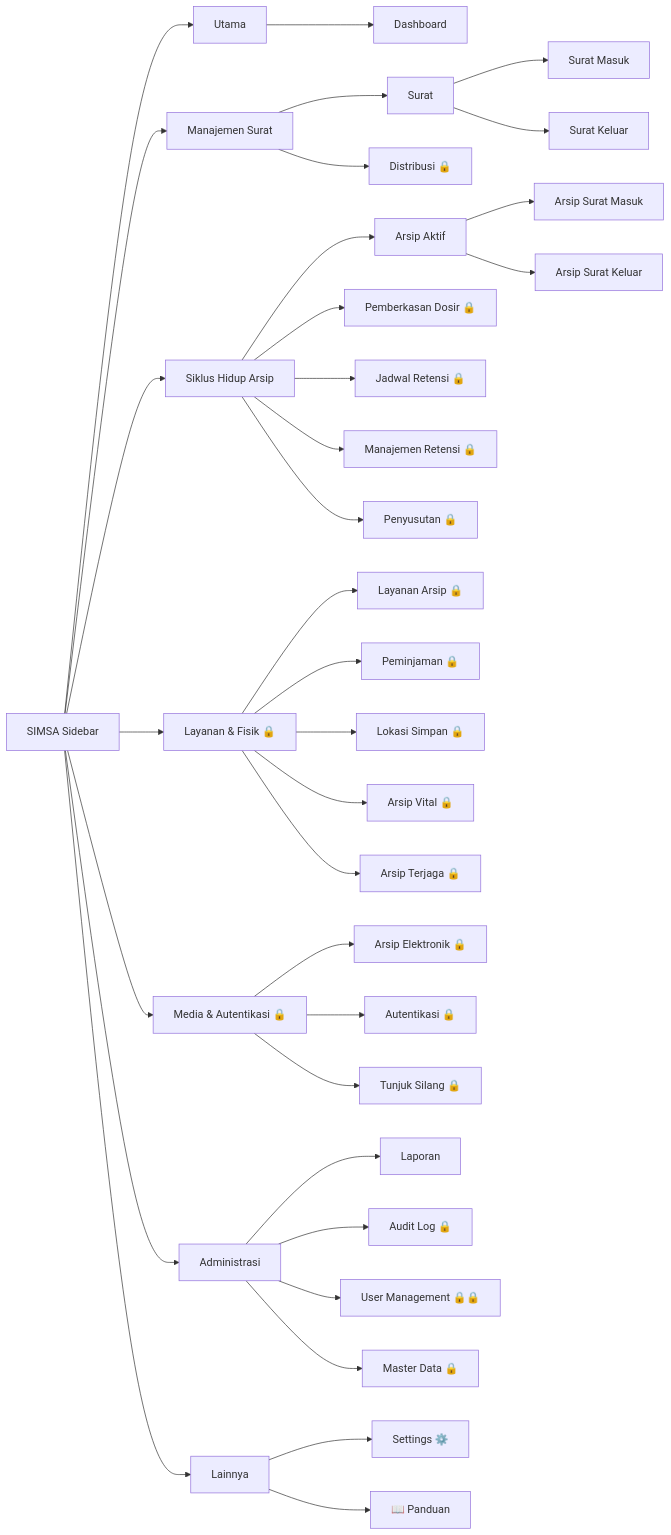
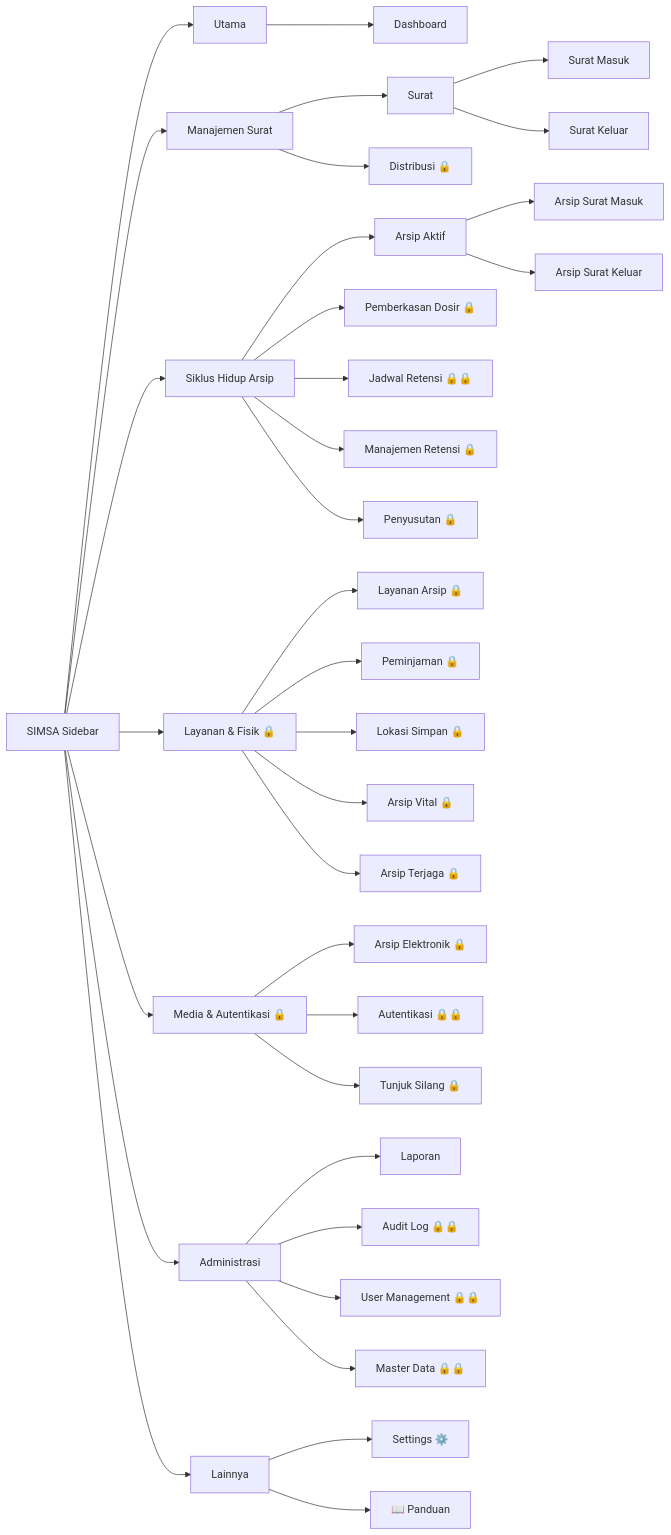
Before and after one commit to bayilaras/simsa-atrbpn: the second of 9 diagrams in PANDUAN_PENGGUNAAN_SIMSA.md, drawn with Mermaid. The commit also changed other lines of this file, not shown here.

````diff
--- a/PANDUAN_PENGGUNAAN_SIMSA.md
+++ b/PANDUAN_PENGGUNAAN_SIMSA.md
@@ -273,43 +273,43 @@
 ```mermaid
 graph LR
     A[SIMSA Sidebar] --> B[Utama]
     A --> C[Manajemen Surat]
     A --> D[Siklus Hidup Arsip]
     A --> E["Layanan & Fisik 🔒"]
     A --> F["Media & Autentikasi 🔒"]
     A --> G[Administrasi]
     A --> H[Lainnya]
 
     B --> B1[Dashboard]
 
     C --> C1[Surat]
     C1 --> C1a[Surat Masuk]
     C1 --> C1b[Surat Keluar]
     C --> C2["Distribusi 🔒"]
 
     D --> D1[Arsip Aktif]
     D1 --> D1a[Arsip Surat Masuk]
     D1 --> D1b[Arsip Surat Keluar]
     D --> D2["Pemberkasan Dosir 🔒"]
-    D --> D3["Jadwal Retensi 🔒"]
+    D --> D3["Jadwal Retensi 🔒🔒"]
     D --> D4["Manajemen Retensi 🔒"]
     D --> D5["Penyusutan 🔒"]
 
     E --> E1["Layanan Arsip 🔒"]
     E --> E2["Peminjaman 🔒"]
     E --> E3["Lokasi Simpan 🔒"]
     E --> E4["Arsip Vital 🔒"]
     E --> E5["Arsip Terjaga 🔒"]
 
     F --> F1["Arsip Elektronik 🔒"]
-    F --> F2["Autentikasi 🔒"]
+    F --> F2["Autentikasi 🔒🔒"]
     F --> F3["Tunjuk Silang 🔒"]
 
     G --> G1[Laporan]
-    G --> G2["Audit Log 🔒"]
+    G --> G2["Audit Log 🔒🔒"]
     G --> G3["User Management 🔒🔒"]
-    G --> G4["Master Data 🔒"]
+    G --> G4["Master Data 🔒🔒"]
 
     H --> H1["Settings ⚙️"]
     H --> H2["📖 Panduan"]
 ```
````
